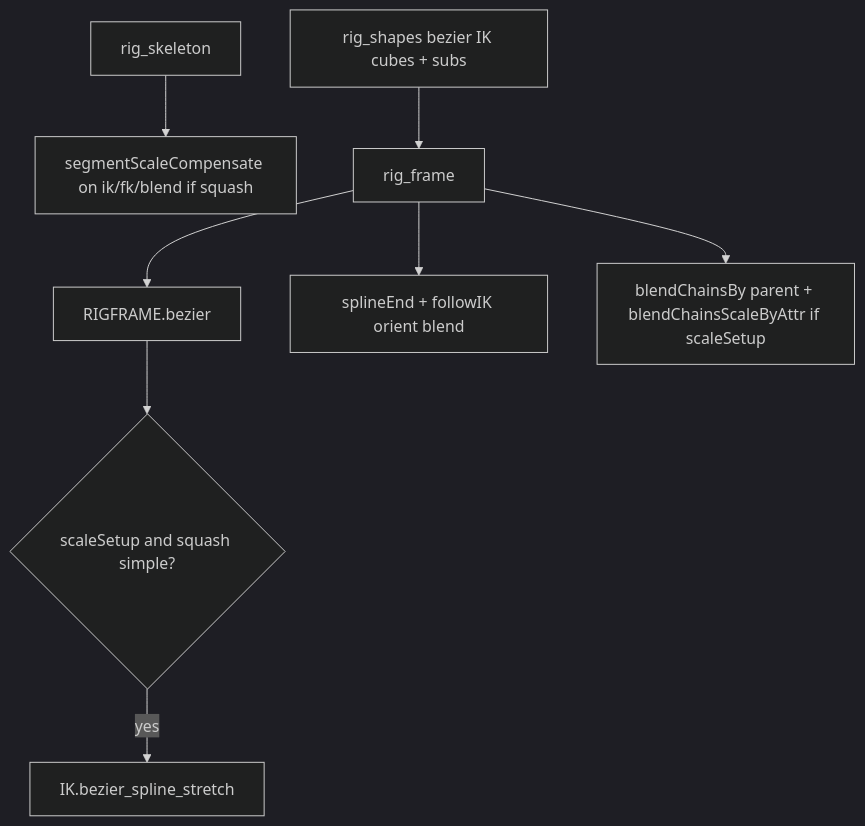
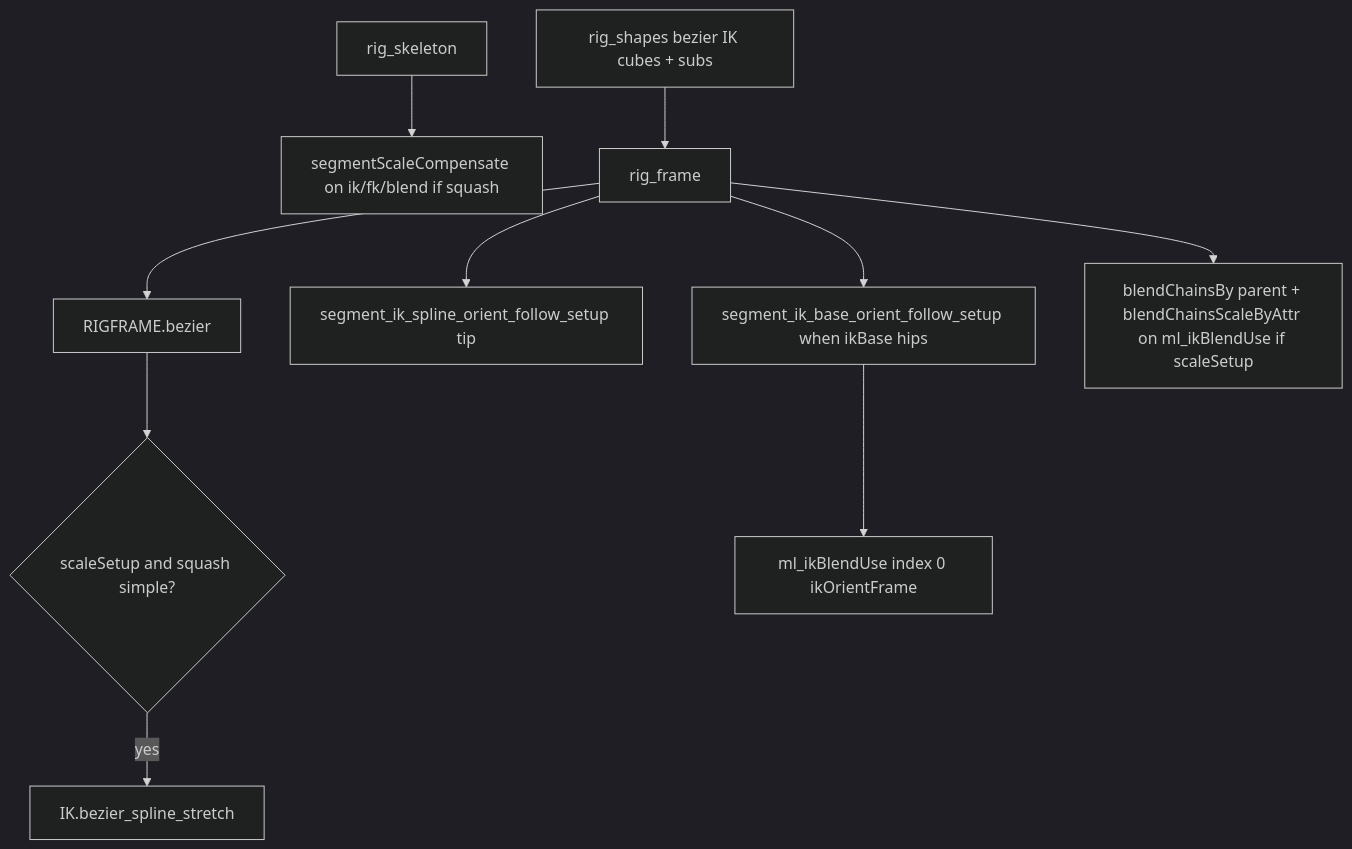
The diagram in Features/Feature_BezierIK.md (jjburton/cgmToolsDev), drawn with Mermaid (dark theme) before and after one commit. The commit also changed other lines of this file and 4 other files, not shown here.

````diff
--- a/Features/Feature_BezierIK.md
+++ b/Features/Feature_BezierIK.md
@@ -231,10 +235,12 @@
 ```mermaid
 flowchart TD
   skeleton[rig_skeleton] --> ssc[segmentScaleCompensate on ik/fk/blend if squash]
   shapes[rig_shapes bezier IK cubes + subs] --> frame[rig_frame]
   frame --> bez[RIGFRAME.bezier]
   bez --> stretch{scaleSetup and squash simple?}
   stretch -->|yes| bstr[IK.bezier_spline_stretch]
-  frame --> endFollow[splineEnd + followIK orient blend]
-  frame --> fkik[blendChainsBy parent + blendChainsScaleByAttr if scaleSetup]
+  frame --> endFollow[segment_ik_spline_orient_follow_setup tip]
+  frame --> hipsFollow[segment_ik_base_orient_follow_setup when ikBase hips]
+  hipsFollow --> ikBlendUse[ml_ikBlendUse index 0 ikOrientFrame]
+  frame --> fkik[blendChainsBy parent + blendChainsScaleByAttr on ml_ikBlendUse if scaleSetup]
 ```
````
